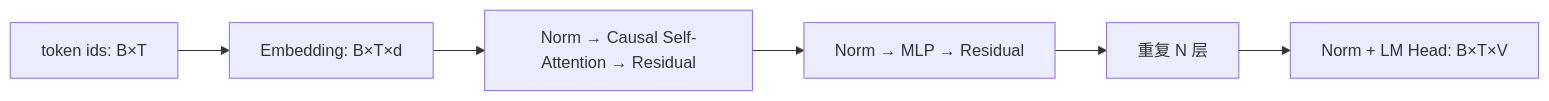
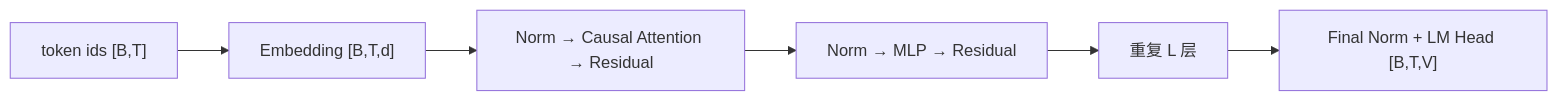
One commit to NightLemon/about-llm changed the diagram in docs/core/transformer.md. Above: the diagram before and after it, drawn with Mermaid. The commit also changed other lines of this file and 384 other files, not shown here.

````diff
--- a/docs/core/transformer.md
+++ b/docs/core/transformer.md
@@ -13,8 +30,8 @@
 ```mermaid
 flowchart LR
-  A["token ids: B×T"] --> B["Embedding: B×T×d"]
-  B --> C["Norm → Causal Self-Attention → Residual"]
+  A["token ids [B,T]"] --> B["Embedding [B,T,d]"]
+  B --> C["Norm → Causal Attention → Residual"]
   C --> D["Norm → MLP → Residual"]
-  D --> E["重复 N 层"]
-  E --> F["Norm + LM Head: B×T×V"]
+  D --> E["重复 L 层"]
+  E --> F["Final Norm + LM Head [B,T,V]"]
 ```
````
